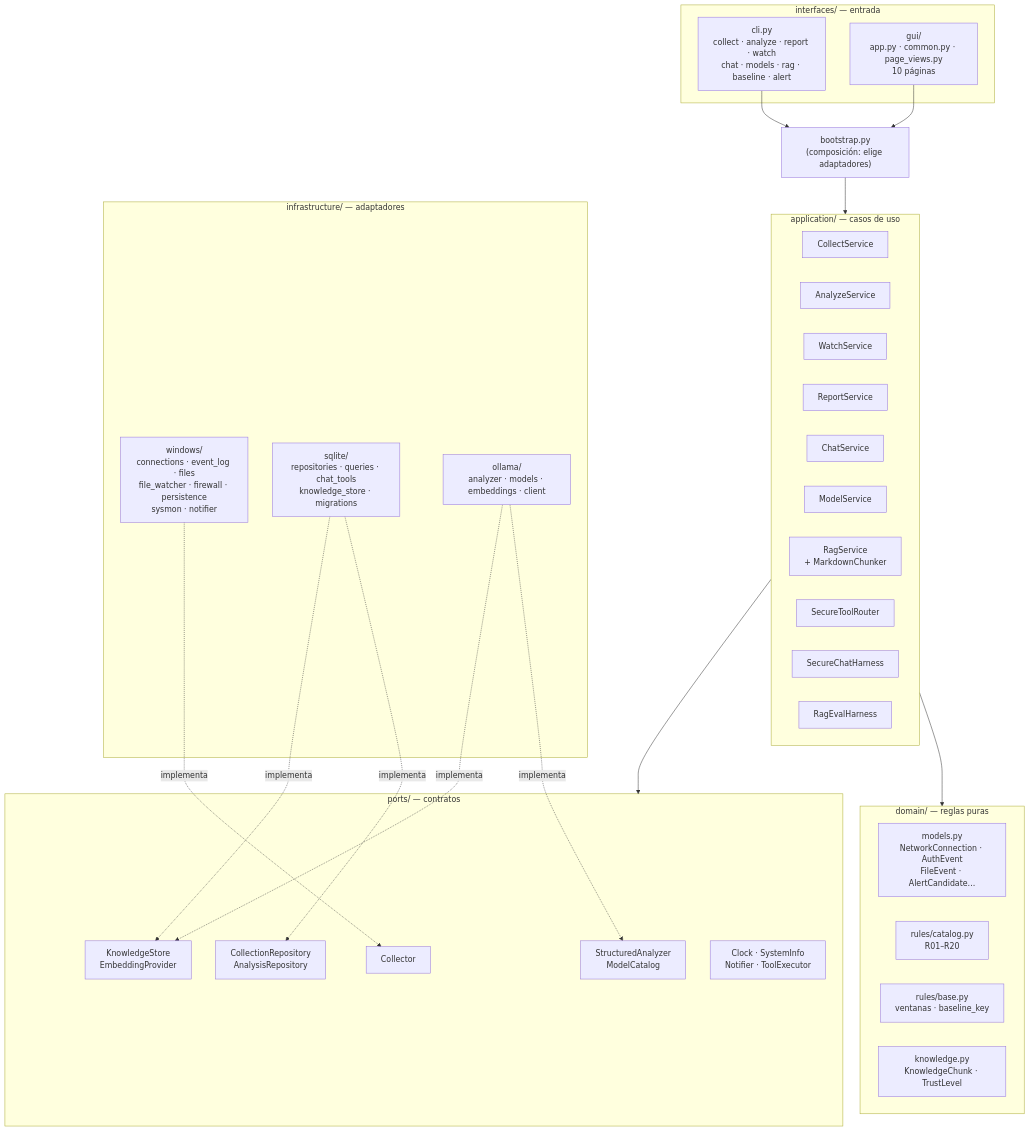
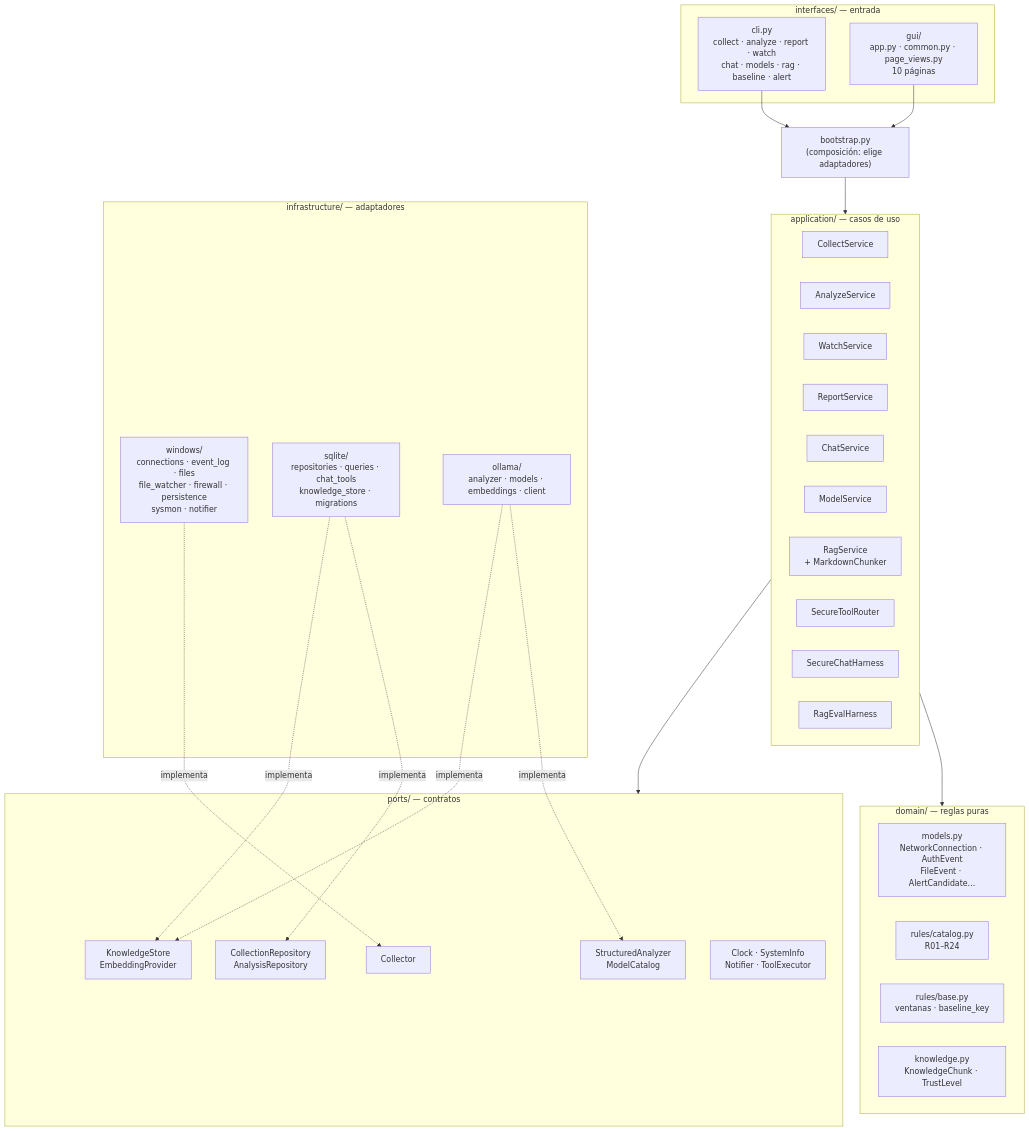
The second of 8 diagrams in README/README.arqu.md (lindecode/Atalaya), drawn with Mermaid before and after one commit. The commit also changed other lines of this file and 21 other files, not shown here.

````diff
--- a/README/README.arqu.md
+++ b/README/README.arqu.md
@@ -54,54 +54,54 @@
 ```mermaid
 flowchart TB
     subgraph IF["interfaces/ — entrada"]
         cli["cli.py<br/>collect · analyze · report · watch<br/>chat · models · rag · baseline · alert"]
         guiapp["gui/<br/>app.py · common.py · page_views.py<br/>10 páginas"]
     end
 
     boot["bootstrap.py<br/>(composición: elige adaptadores)"]
 
     subgraph APP["application/ — casos de uso"]
         collect["CollectService"]
         analyze["AnalyzeService"]
         watch["WatchService"]
         report["ReportService"]
         chat["ChatService"]
         models["ModelService"]
         rag["RagService<br/>+ MarkdownChunker"]
         router["SecureToolRouter"]
         harness["SecureChatHarness"]
         evals["RagEvalHarness"]
     end
 
     subgraph DOM["domain/ — reglas puras"]
         dmodels["models.py<br/>NetworkConnection · AuthEvent<br/>FileEvent · AlertCandidate…"]
-        rules["rules/catalog.py<br/>R01–R20"]
+        rules["rules/catalog.py<br/>R01–R24"]
         rbase["rules/base.py<br/>ventanas · baseline_key"]
         know["knowledge.py<br/>KnowledgeChunk · TrustLevel"]
     end
 
     subgraph PORTS["ports/ — contratos"]
         pcol["Collector"]
         prepo["CollectionRepository<br/>AnalysisRepository"]
         pllm["StructuredAnalyzer<br/>ModelCatalog"]
         prag["KnowledgeStore<br/>EmbeddingProvider"]
         pother["Clock · SystemInfo<br/>Notifier · ToolExecutor"]
     end
 
     subgraph INFRA["infrastructure/ — adaptadores"]
         win["windows/<br/>connections · event_log · files<br/>file_watcher · firewall · persistence<br/>sysmon · notifier"]
         sql["sqlite/<br/>repositories · queries · chat_tools<br/>knowledge_store · migrations"]
         oll["ollama/<br/>analyzer · models · embeddings · client"]
     end
 
     cli --> boot
     guiapp --> boot
     boot --> APP
     APP --> DOM
     APP --> PORTS
     win -. implementa .-> pcol
     sql -. implementa .-> prepo
     sql -. implementa .-> prag
     oll -. implementa .-> pllm
     oll -. implementa .-> prag
 ```
````
